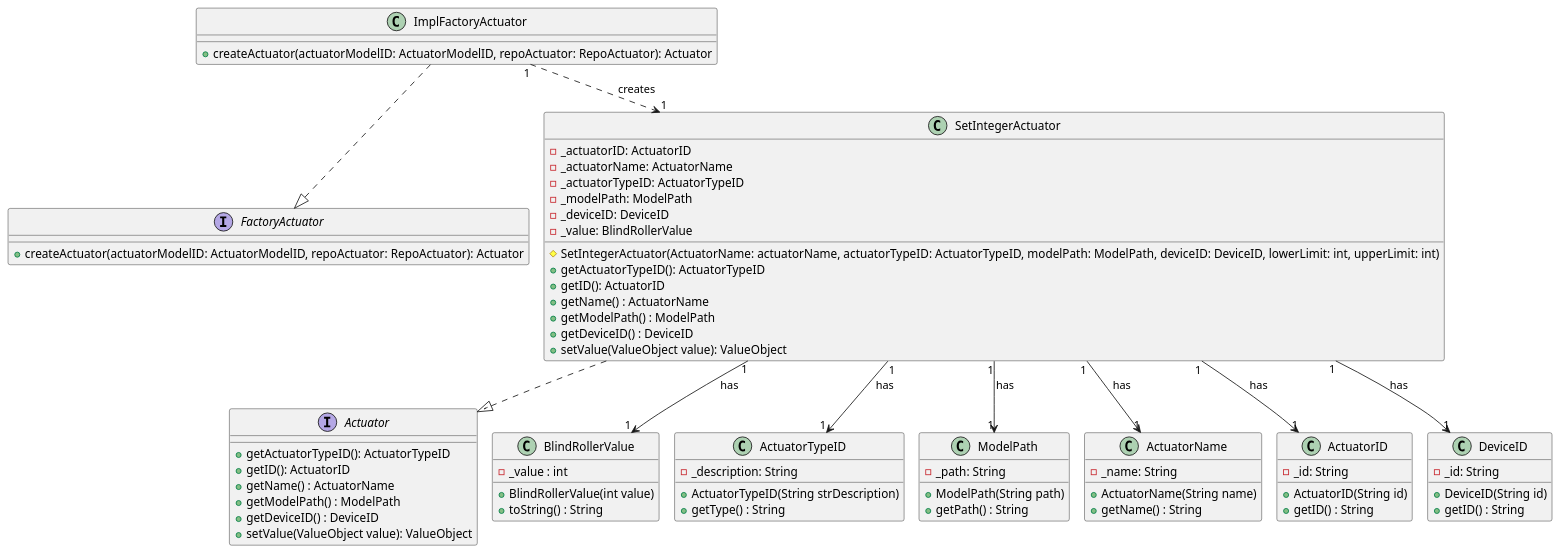
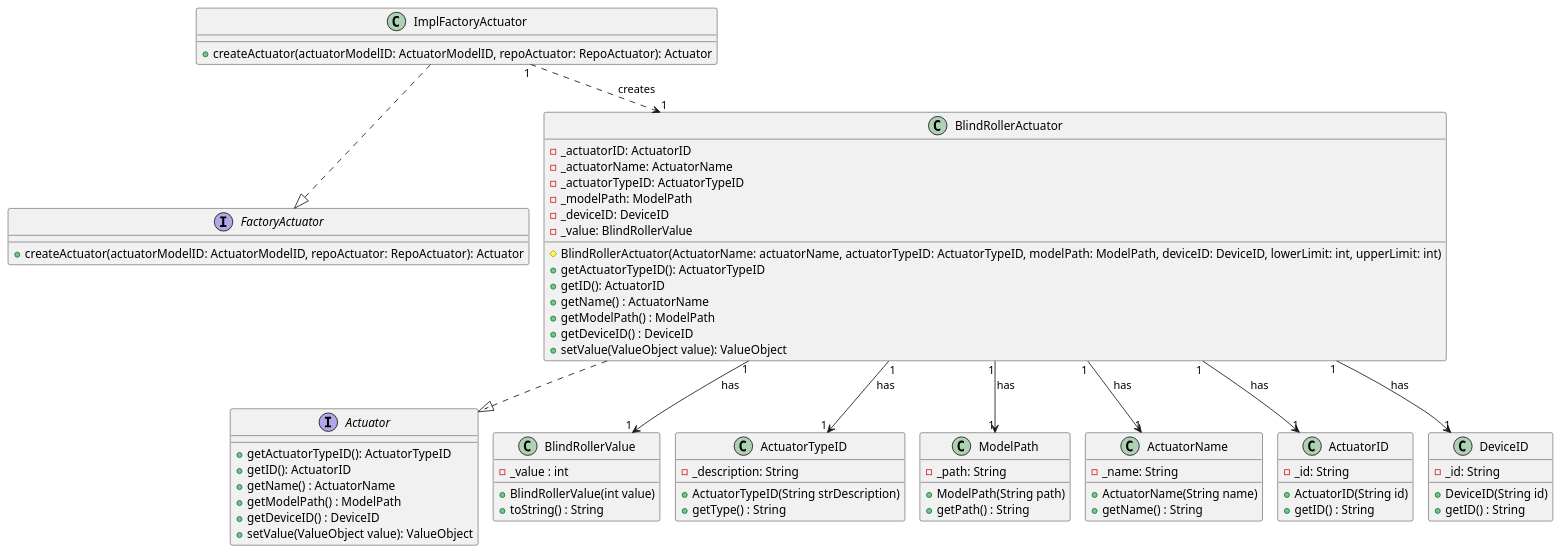
One commit to olivDiogo/SmartHome changed the diagram in docs/userStories/us14/artifacts/US14CD.puml. Above: the diagram before and after it, drawn with PlantUML.

Commit message:
#273 [fix] - nomenclature correction class diagram

```diff
--- a/docs/userStories/us14/artifacts/US14CD.puml
+++ b/docs/userStories/us14/artifacts/US14CD.puml
@@ -1,88 +1,88 @@
 @startuml
 !pragma layout smetana
 
     interface Actuator {
         + getActuatorTypeID(): ActuatorTypeID
                 + getID(): ActuatorID
                 + getName() : ActuatorName
                 + getModelPath() : ModelPath
                 + getDeviceID() : DeviceID
                 + setValue(ValueObject value): ValueObject
     }
     interface FactoryActuator {
         + createActuator(actuatorModelID: ActuatorModelID, repoActuator: RepoActuator): Actuator
     }
     class ImplFactoryActuator {
         + createActuator(actuatorModelID: ActuatorModelID, repoActuator: RepoActuator): Actuator
     }
 
-    class SetIntegerActuator {
+    class BlindRollerActuator {
         - _actuatorID: ActuatorID
         - _actuatorName: ActuatorName
         - _actuatorTypeID: ActuatorTypeID
         - _modelPath: ModelPath
         - _deviceID: DeviceID
         - _value: BlindRollerValue
-        # SetIntegerActuator(ActuatorName: actuatorName, actuatorTypeID: ActuatorTypeID, modelPath: ModelPath, deviceID: DeviceID, lowerLimit: int, upperLimit: int)
+        # BlindRollerActuator(ActuatorName: actuatorName, actuatorTypeID: ActuatorTypeID, modelPath: ModelPath, deviceID: DeviceID, lowerLimit: int, upperLimit: int)
         + getActuatorTypeID(): ActuatorTypeID
         + getID(): ActuatorID
         + getName() : ActuatorName
         + getModelPath() : ModelPath
         + getDeviceID() : DeviceID
         + setValue(ValueObject value): ValueObject
     }
 
   class BlindRollerValue {
     - _value : int
     + BlindRollerValue(int value)
     + toString() : String
   }
 
     class ActuatorTypeID {
         - _description: String
         + ActuatorTypeID(String strDescription)
         + getType() : String
     }
 
     class ModelPath {
         - _path: String
         + ModelPath(String path)
         + getPath() : String
     }
 
     class ActuatorName {
         - _name: String
         + ActuatorName(String name)
         + getName() : String
     }
 
 
     class ActuatorID {
         - _id: String
         + ActuatorID(String id)
         + getID() : String
     }
 
     class DeviceID {
         - _id: String
         + DeviceID(String id)
         + getID() : String
     }
 
 
 ImplFactoryActuator ..|> FactoryActuator
-ImplFactoryActuator "1" ..> "1" SetIntegerActuator : creates
+ImplFactoryActuator "1" ..> "1" BlindRollerActuator : creates
 
-SetIntegerActuator ..|> Actuator
-SetIntegerActuator "1" --> "1" BlindRollerValue : has
-SetIntegerActuator "1" -->  "1" ActuatorTypeID : has
-SetIntegerActuator "1" -->  "1" ModelPath : has
-SetIntegerActuator "1" -->  "1" ActuatorName : has
-SetIntegerActuator "1" -->  "1" ActuatorID : has
-SetIntegerActuator "1" -->  "1" DeviceID : has
+BlindRollerActuator ..|> Actuator
+BlindRollerActuator "1" --> "1" BlindRollerValue : has
+BlindRollerActuator "1" -->  "1" ActuatorTypeID : has
+BlindRollerActuator "1" -->  "1" ModelPath : has
+BlindRollerActuator "1" -->  "1" ActuatorName : has
+BlindRollerActuator "1" -->  "1" ActuatorID : has
+BlindRollerActuator "1" -->  "1" DeviceID : has
 
 
 
 
 
 @enduml
```
